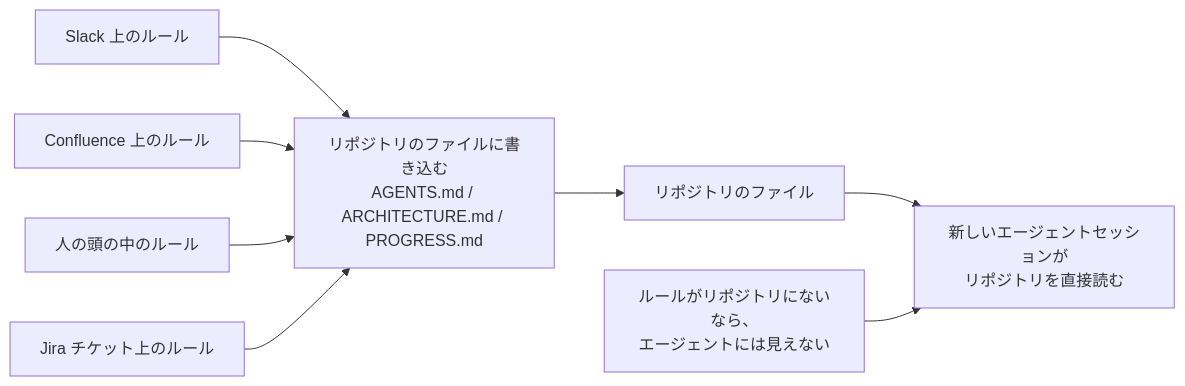
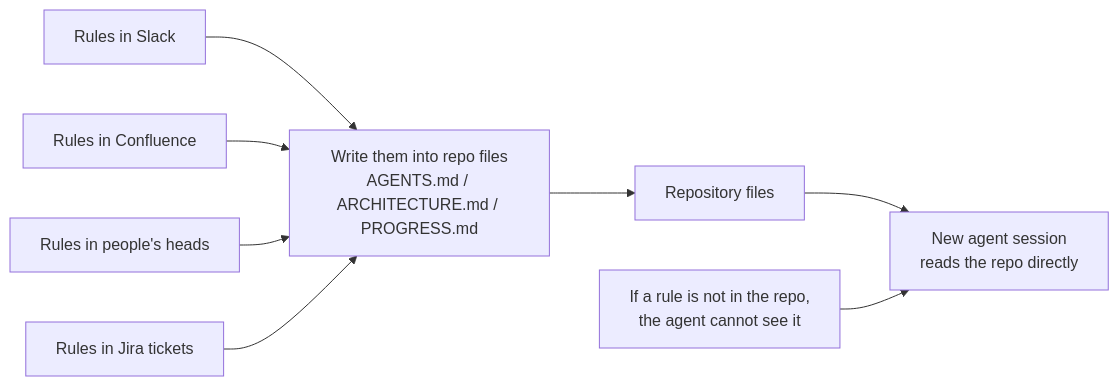
The first of 2 diagrams in docs/en/lectures/lecture-03-why-the-repository-must-become-the-system-of-record/index.md (mkusaka/learn-harness-engineering), drawn with Mermaid before and after one commit. The commit also changed other lines of this file and 684 other files, not shown here.

````diff
--- a/docs/en/lectures/lecture-03-why-the-repository-must-become-the-system-of-record/index.md
+++ b/docs/en/lectures/lecture-03-why-the-repository-must-become-the-system-of-record/index.md
@@ -26,10 +26,10 @@
 ```mermaid
 flowchart LR
-    Slack["Slack 上のルール"] --> Write["リポジトリのファイルに書き込む<br/>AGENTS.md / ARCHITECTURE.md / PROGRESS.md"]
-    Confluence["Confluence 上のルール"] --> Write
-    Heads["人の頭の中のルール"] --> Write
-    Jira["Jira チケット上のルール"] --> Write
-    Write --> Repo["リポジトリのファイル"]
-    Repo --> Agent["新しいエージェントセッションが<br/>リポジトリを直接読む"]
-    Warning["ルールがリポジトリにないなら、<br/>エージェントには見えない"] --> Agent
+    Slack["Rules in Slack"] --> Write["Write them into repo files<br/>AGENTS.md / ARCHITECTURE.md / PROGRESS.md"]
+    Confluence["Rules in Confluence"] --> Write
+    Heads["Rules in people's heads"] --> Write
+    Jira["Rules in Jira tickets"] --> Write
+    Write --> Repo["Repository files"]
+    Repo --> Agent["New agent session<br/>reads the repo directly"]
+    Warning["If a rule is not in the repo,<br/>the agent cannot see it"] --> Agent
 ```
````
